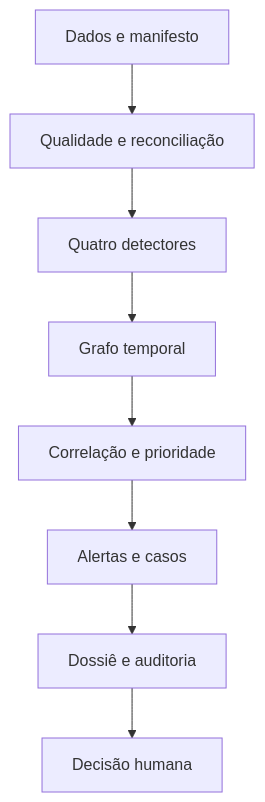
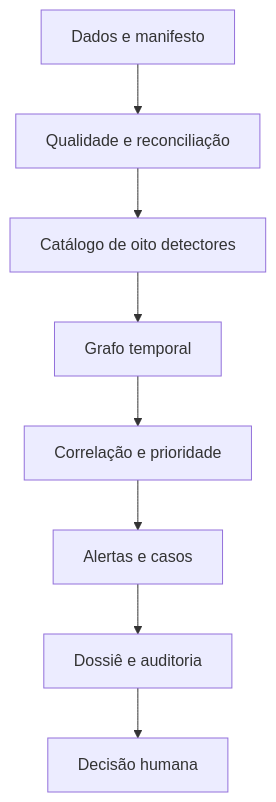
The diagram in docs/EXECUTIVE_OVERVIEW.md (belemcrizan/Teste_monitoramento), drawn with Mermaid before and after one commit. The commit also changed other lines of this file and 34 other files, not shown here.

````diff
--- a/docs/EXECUTIVE_OVERVIEW.md
+++ b/docs/EXECUTIVE_OVERVIEW.md
@@ -21,10 +21,10 @@
 ```mermaid
 flowchart TB
     A[Dados e manifesto] --> B[Qualidade e reconciliação]
-    B --> C[Quatro detectores]
+    B --> C[Catálogo de oito detectores]
     C --> D[Grafo temporal]
     D --> E[Correlação e prioridade]
     E --> F[Alertas e casos]
     F --> G[Dossiê e auditoria]
     G --> H[Decisão humana]
 ```
````
